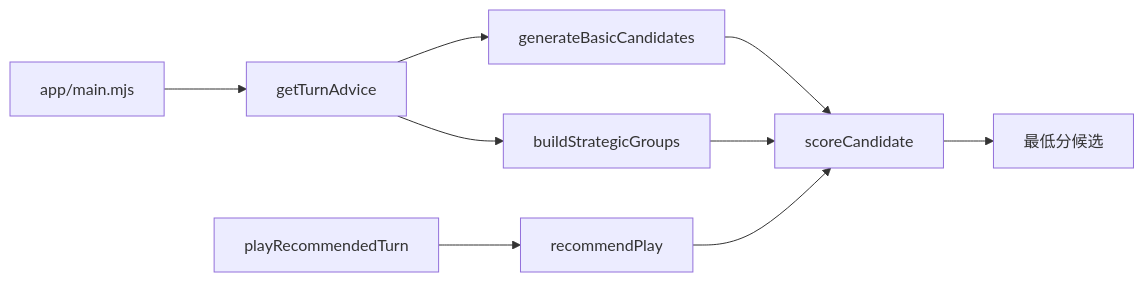
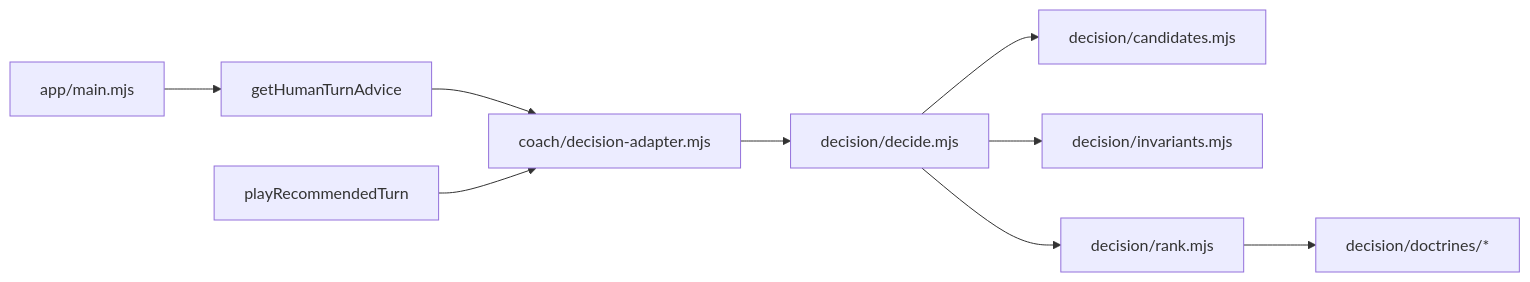
The diagram in docs/ARCHITECTURE.md (tomwugz-hub/GuanDan), drawn with Mermaid before and after one commit. The commit also changed other lines of this file and 38 other files, not shown here.

````diff
--- a/docs/ARCHITECTURE.md
+++ b/docs/ARCHITECTURE.md
@@ -11,11 +11,11 @@
 ```mermaid
 flowchart LR
-  UI[app/main.mjs] --> Advice[getTurnAdvice]
-  Advice --> Gen[generateBasicCandidates]
-  Advice --> Groups[buildStrategicGroups]
-  Gen --> Score[scoreCandidate]
-  Groups --> Score
-  Score --> Pick[最低分候选]
-  Robot[playRecommendedTurn] --> Recommend[recommendPlay]
-  Recommend --> Score
+  UI[app/main.mjs] --> Human[getHumanTurnAdvice]
+  Human --> Adapter[coach/decision-adapter.mjs]
+  Robot[playRecommendedTurn] --> Adapter
+  Adapter --> Decide[decision/decide.mjs]
+  Decide --> Cand[decision/candidates.mjs]
+  Decide --> Inv[decision/invariants.mjs]
+  Decide --> Rank[decision/rank.mjs]
+  Rank --> Doc[decision/doctrines/*]
 ```
````
